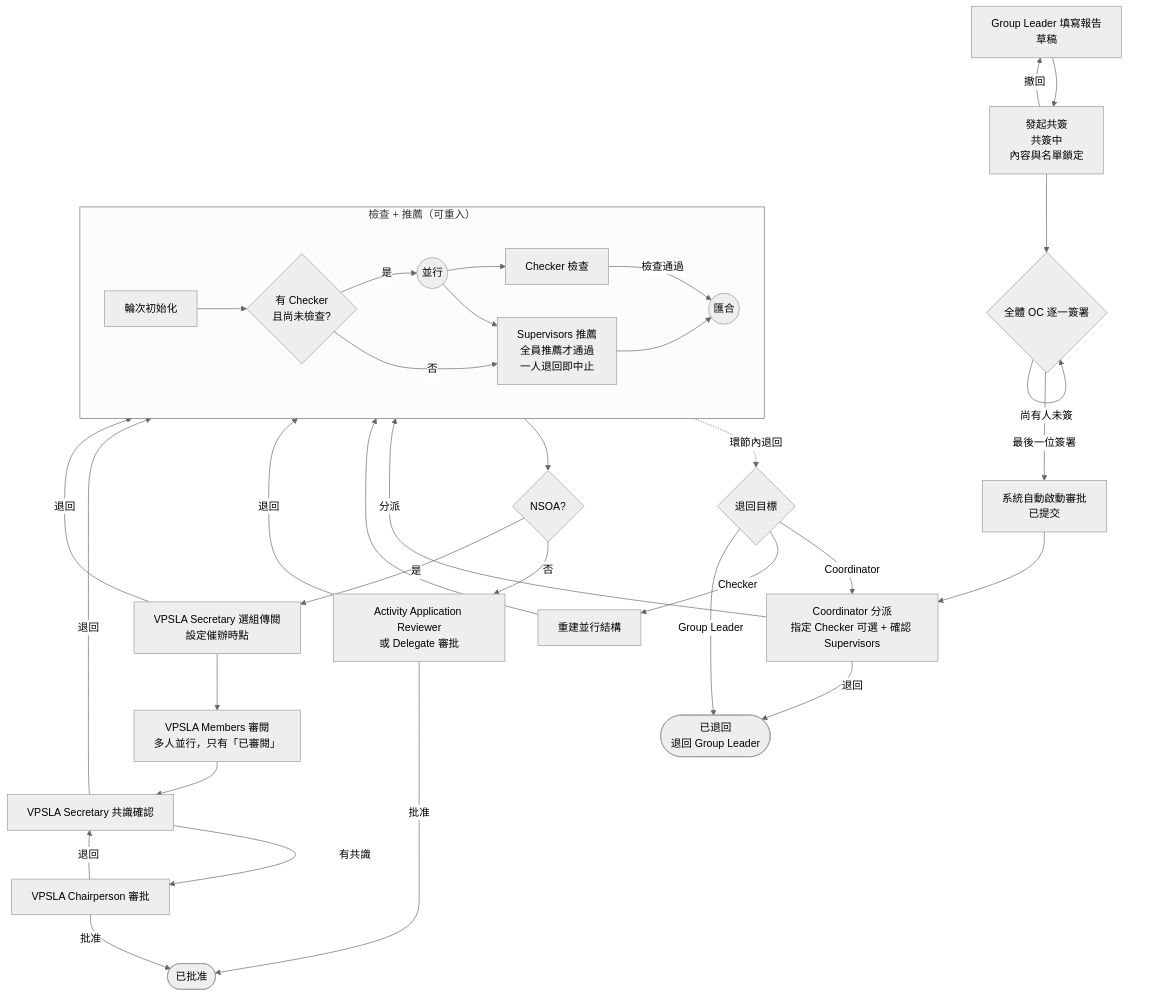
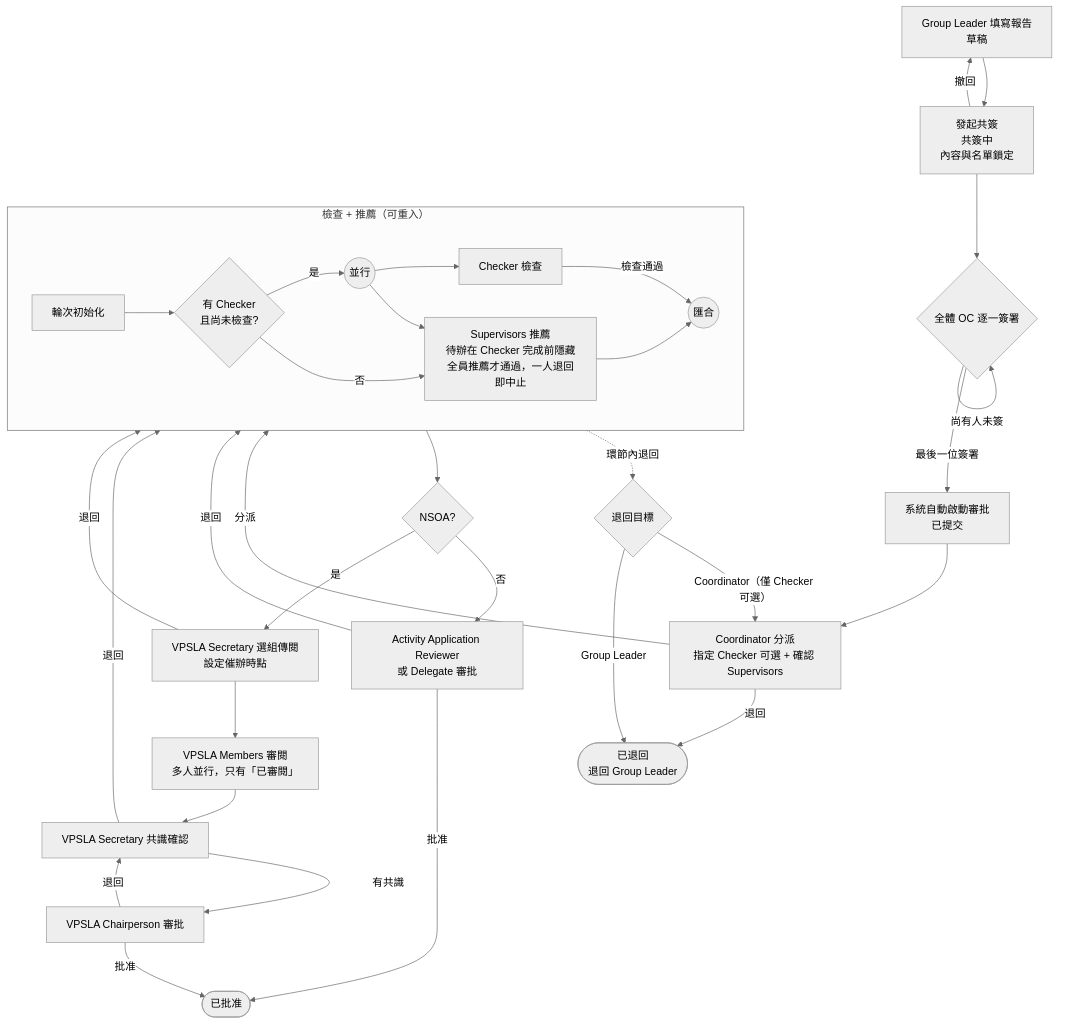
The diagram in activity-report-submission-guide.md (OneStar-Projects/SLAS-Docs), drawn with Mermaid (neutral theme) before and after one commit. The commit also changed other lines of this file and 1 other file, not shown here.

````diff
--- a/activity-report-submission-guide.md
+++ b/activity-report-submission-guide.md
@@ -77,36 +78,35 @@
 ```mermaid
 flowchart TD
     A[Group Leader 填寫報告<br/>草稿] --> B[發起共簽<br/>共簽中<br/>內容與名單鎖定]
     B -- 撤回 --> A
     B --> C{全體 OC 逐一簽署}
     C -- 尚有人未簽 --> C
     C -- 最後一位簽署 --> D[系統自動啟動審批<br/>已提交]
     D --> E[Coordinator 分派<br/>指定 Checker 可選 + 確認 Supervisors]
     E -- 退回 --> RET([已退回<br/>退回 Group Leader])
     E -- 分派 --> SUB
     subgraph SUB [檢查 + 推薦（可重入）]
       I[輪次初始化] --> G{有 Checker<br/>且尚未檢查?}
       G -- 是 --> FORK((並行))
       FORK --> CHK[Checker 檢查]
-      FORK --> SUP[Supervisors 推薦<br/>全員推薦才通過<br/>一人退回即中止]
+      FORK --> SUP[Supervisors 推薦<br/>待辦在 Checker 完成前隱藏<br/>全員推薦才通過，一人退回即中止]
       G -- 否 --> SUP
       CHK -- 檢查通過 --> JOIN((匯合))
       SUP --> JOIN
     end
     SUB -. 環節內退回 .-> RG{退回目標}
-    RG -- Coordinator --> E
-    RG -- Checker --> RS[重建並行結構] --> SUB
+    RG -- Coordinator（僅 Checker 可選） --> E
     RG -- Group Leader --> RET
     SUB --> NS{NSOA?}
     NS -- 否 --> REV[Activity Application Reviewer<br/>或 Delegate 審批]
     REV -- 批准 --> OK([已批准])
     REV -- 退回 --> SUB
     NS -- 是 --> VPS[VPSLA Secretary 選組傳閱<br/>設定催辦時點]
     VPS -- 退回 --> SUB
     VPS --> VPM[VPSLA Members 審閱<br/>多人並行，只有「已審閱」]
     VPM --> VPC[VPSLA Secretary 共識確認]
     VPC -- 退回 --> SUB
     VPC -- 有共識 --> CH[VPSLA Chairperson 審批]
     CH -- 批准 --> OK
     CH -- 退回 --> VPC
 ```
````
